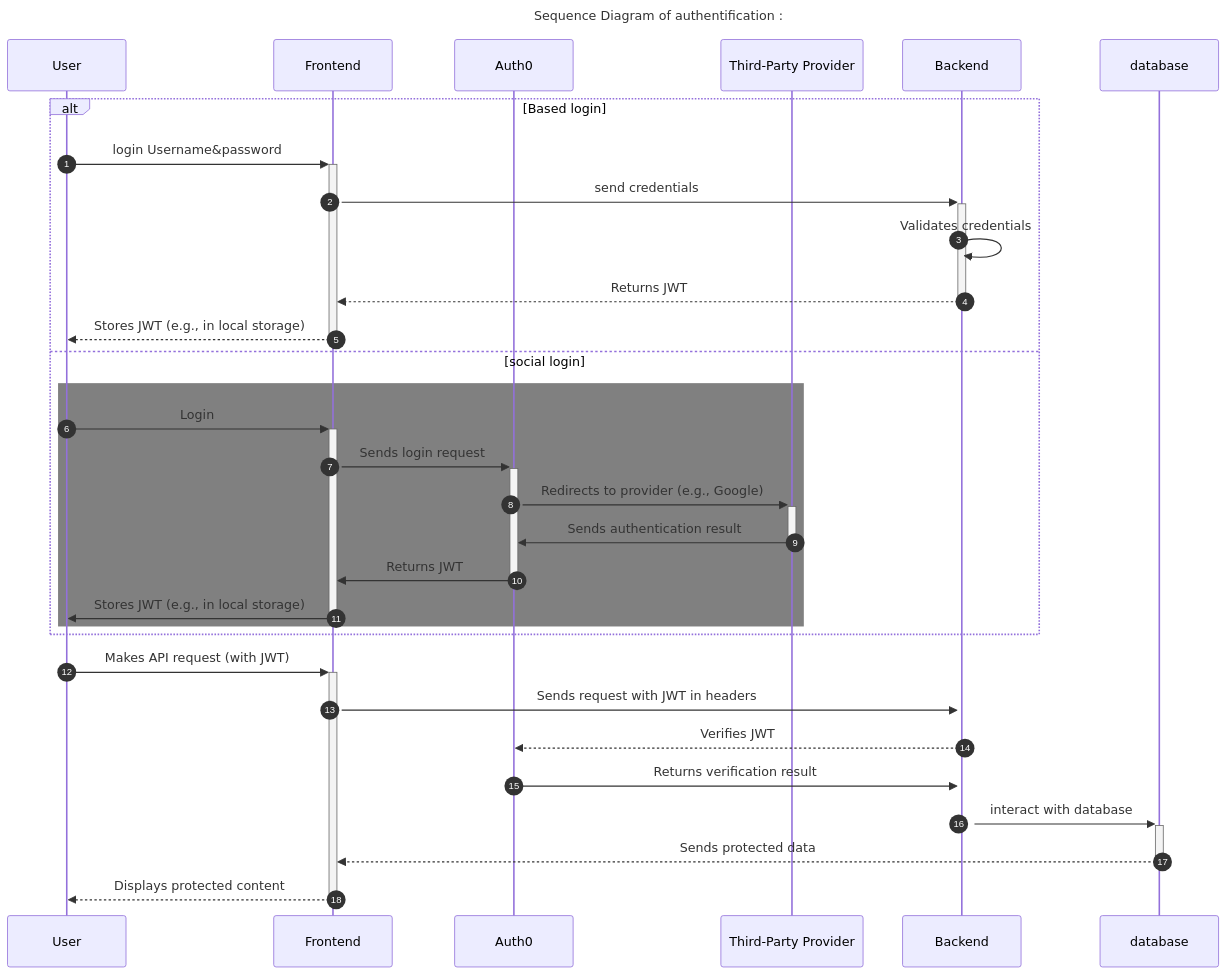
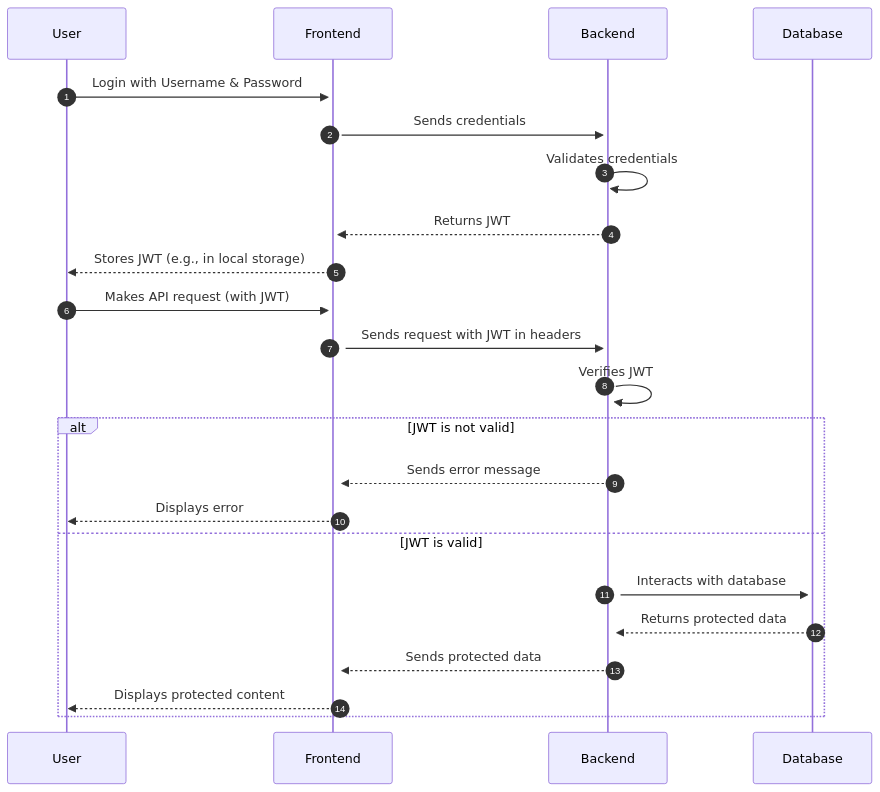
The diagram in conception/diagrams/sequence-diagram.md (AyoubElmahjoubi/Flight-Inventory-Management), drawn with Mermaid before and after one commit.

````diff
--- a/conception/diagrams/sequence-diagram.md
+++ b/conception/diagrams/sequence-diagram.md
@@ -1,35 +1,29 @@
 ``` mermaid
     sequenceDiagram
+  autonumber
     participant User
     participant Frontend
-    participant Auth0
-    participant Third-Party Provider
     participant Backend
-    participant database
-title Sequence Diagram of authentification :
-    autonumber
-    alt Based login 
-        User->>+Frontend: login Username&password
-        Frontend->>+Backend: send credentials 
-        Backend->>Backend: Validates credentials
-        Backend-->>-Frontend: Returns JWT
-        Frontend-->>-User: Stores JWT (e.g., in local storage)
-    else social login
-        rect rgb(128,128,128)
-            User->>+Frontend: Login
-            Frontend->>+Auth0: Sends login request
-            Auth0->>+Third-Party Provider: Redirects to provider (e.g., Google)
-            Third-Party Provider->>-Auth0: Sends authentication result
-            Auth0->>-Frontend: Returns JWT
-            Frontend->>-User: Stores JWT (e.g., in local storage)
-        end 
-    end
+    participant Database
+
+    User->>+Frontend: Login with Username & Password
+    Frontend->>+Backend: Sends credentials
+    Backend->>Backend: Validates credentials
+    Backend-->>Frontend: Returns JWT
+    Frontend-->>User: Stores JWT (e.g., in local storage)
+
     User->>+Frontend: Makes API request (with JWT)
     Frontend->>+Backend: Sends request with JWT in headers
-    Backend-->>Auth0: Verifies JWT
-    Auth0->>+Backend: Returns verification result
-    Backend->>+database: interact with database
-    database-->>-Frontend: Sends protected data
-    Frontend-->>-User: Displays protected content
+    Backend->>Backend: Verifies JWT
+
+    alt JWT is not valid
+        Backend-->>Frontend: Sends error message
+        Frontend-->>User: Displays error
+    else JWT is valid
+        Backend->>+Database: Interacts with database
+        Database-->>Backend: Returns protected data
+        Backend-->>Frontend: Sends protected data
+        Frontend-->>User: Displays protected content
+    end
 
 ```
````
